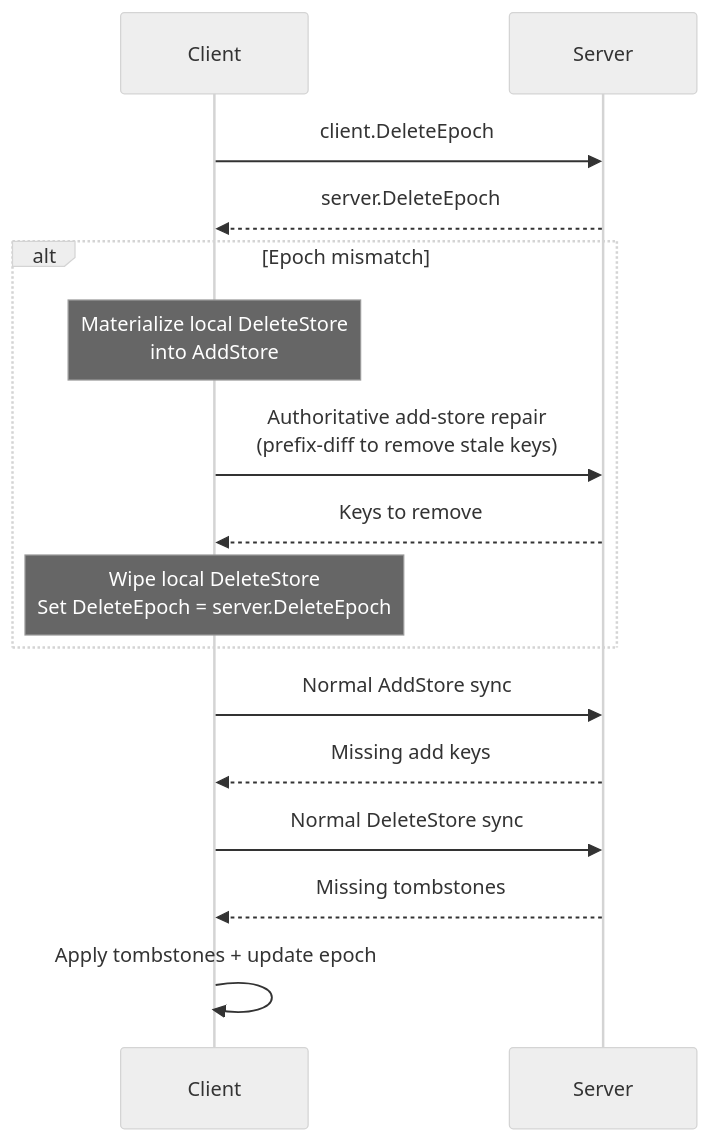
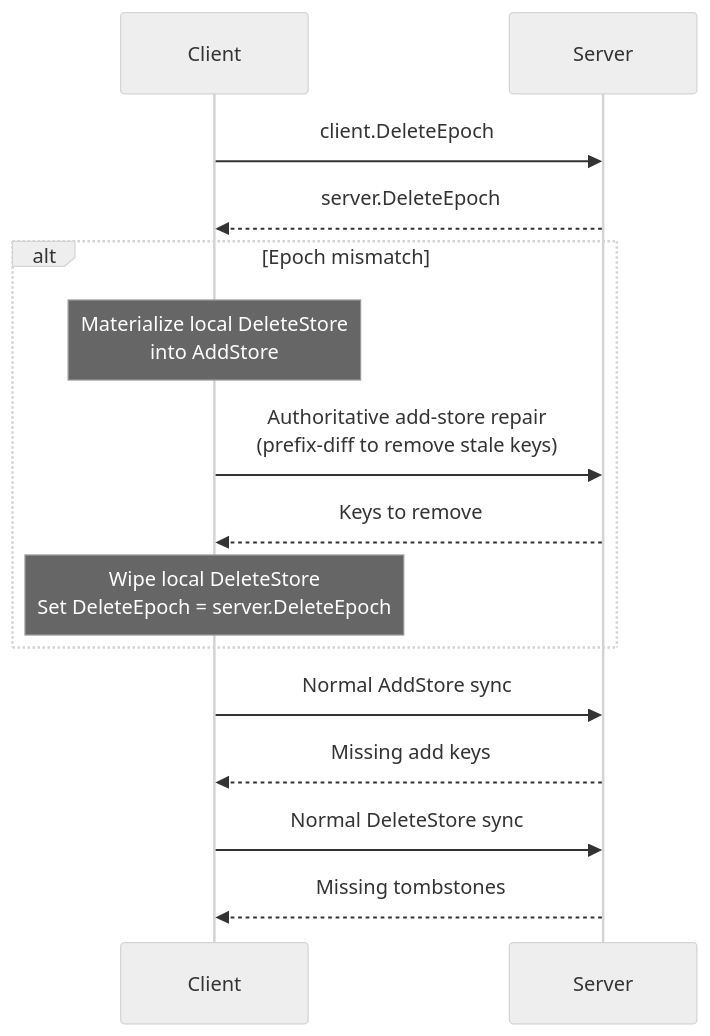
Before and after one commit to arj03/setsum-cs: the eighth of 8 diagrams in SetSum/Sync/README.md, drawn with Mermaid (neutral theme). The commit also changed other lines of this file, not shown here.

````diff
--- a/SetSum/Sync/README.md
+++ b/SetSum/Sync/README.md
@@ -304,21 +303,20 @@
 ```mermaid
 sequenceDiagram
     participant C as Client
     participant S as Server
 
     C->>S: client.DeleteEpoch
     S-->>C: server.DeleteEpoch
 
     alt Epoch mismatch
         Note over C: Materialize local DeleteStore<br/>into AddStore
         C->>S: Authoritative add-store repair<br/>(prefix-diff to remove stale keys)
         S-->>C: Keys to remove
         Note over C: Wipe local DeleteStore<br/>Set DeleteEpoch = server.DeleteEpoch
     end
 
     C->>S: Normal AddStore sync
     S-->>C: Missing add keys
     C->>S: Normal DeleteStore sync
     S-->>C: Missing tombstones
-    C->>C: Apply tombstones + update epoch
 ```
````
